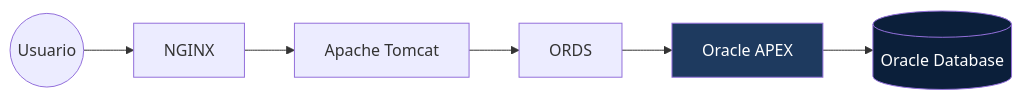
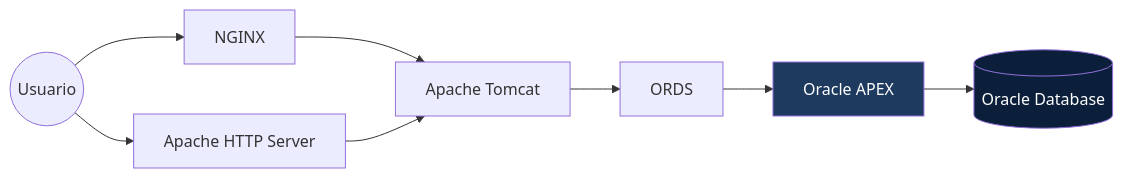
One commit to OsvaldoGonzalezPy/OsvaldoGonzalezPY changed the second of 2 diagrams in README.md. Above: the diagram before and after it, drawn with Mermaid. The commit also changed other lines of this file, not shown here.

Commit message:
Improve README formatting and architecture details
Updated table alignment and added web server options in architecture section.

````diff
--- a/README.md
+++ b/README.md
@@ -145,7 +147,11 @@
 ```mermaid
 flowchart LR
-    U((Usuario)) --> N[NGINX] --> T[Apache Tomcat] --> O[ORDS] --> A[Oracle APEX] --> D[(Oracle Database)]
+    U((Usuario)) --> N[NGINX]
+    U --> H[Apache HTTP Server]
+    N --> T[Apache Tomcat]
+    H --> T
+    T --> O[ORDS] --> A[Oracle APEX] --> D[(Oracle Database)]
 
     style A fill:#1E3A5F,color:#fff
     style D fill:#0B1F3A,color:#fff
 ```
````
